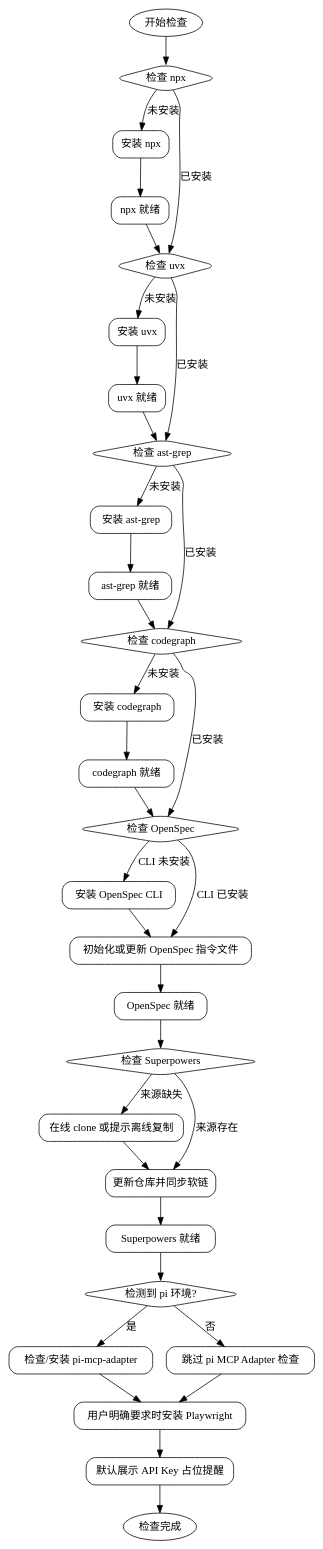
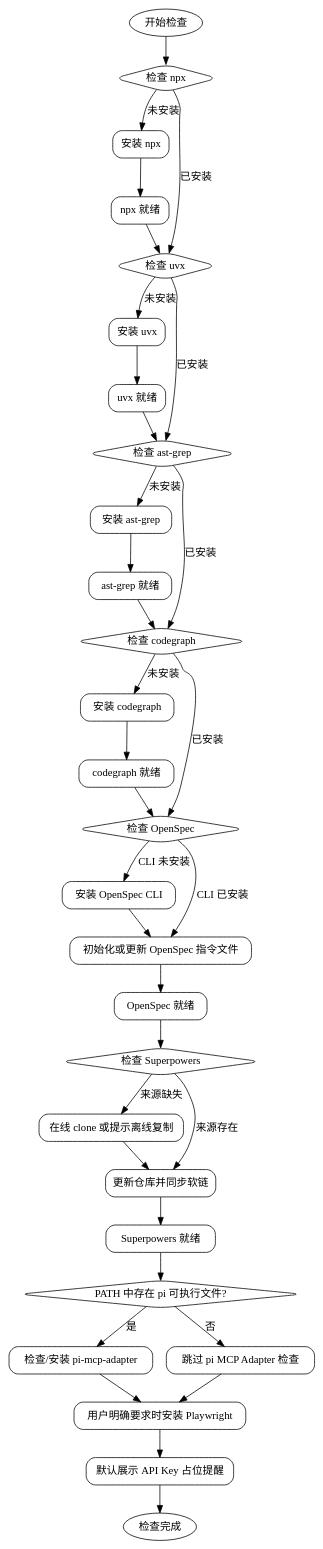
The second of 2 diagrams in cadence-init/skills/pre-check/SKILL.md (michaelChe956/Cadence-skills), drawn with Graphviz before and after one commit. The commit also changed other lines of this file and 4 other files, not shown here.

````diff
--- a/cadence-init/skills/pre-check/SKILL.md
+++ b/cadence-init/skills/pre-check/SKILL.md
@@ -134,81 +134,81 @@
 ```dot
 digraph check_flow {
     rankdir=TB;
     node [shape=box, style="rounded"];
 
     start [label="开始检查", shape=ellipse];
 
     check_npx [label="检查 npx", shape=diamond];
     install_npx [label="安装 npx"];
     npx_done [label="npx 就绪"];
 
     check_uvx [label="检查 uvx", shape=diamond];
     install_uvx [label="安装 uvx"];
     uvx_done [label="uvx 就绪"];
 
     check_ast_grep [label="检查 ast-grep", shape=diamond];
     install_ast_grep [label="安装 ast-grep"];
     ast_grep_done [label="ast-grep 就绪"];
 
     check_codegraph [label="检查 codegraph", shape=diamond];
     install_codegraph [label="安装 codegraph"];
     codegraph_done [label="codegraph 就绪"];
 
     check_openspec [label="检查 OpenSpec", shape=diamond];
     install_openspec [label="安装 OpenSpec CLI"];
     sync_openspec [label="初始化或更新 OpenSpec 指令文件"];
     openspec_done [label="OpenSpec 就绪"];
 
     check_superpowers [label="检查 Superpowers", shape=diamond];
     clone_superpowers [label="在线 clone 或提示离线复制"];
     sync_superpowers [label="更新仓库并同步软链"];
     superpowers_done [label="Superpowers 就绪"];
 
-    check_pi_mcp [label="检测到 pi 环境?", shape=diamond];
+    check_pi_mcp [label="PATH 中存在 pi 可执行文件?", shape=diamond];
     install_pi_mcp [label="检查/安装 pi-mcp-adapter"];
     skip_pi_mcp [label="跳过 pi MCP Adapter 检查"];
     optional_playwright [label="用户明确要求时安装 Playwright", shape=box];
     remind_apikey [label="默认展示 API Key 占位提醒"];
 
     end [label="检查完成", shape=ellipse];
 
     start -> check_npx;
     check_npx -> install_npx [label="未安装"];
     check_npx -> check_uvx [label="已安装"];
     install_npx -> npx_done;
     npx_done -> check_uvx;
 
     check_uvx -> install_uvx [label="未安装"];
     check_uvx -> check_ast_grep [label="已安装"];
     install_uvx -> uvx_done;
     uvx_done -> check_ast_grep;
 
     check_ast_grep -> install_ast_grep [label="未安装"];
     check_ast_grep -> check_codegraph [label="已安装"];
     install_ast_grep -> ast_grep_done;
     ast_grep_done -> check_codegraph;
 
     check_codegraph -> install_codegraph [label="未安装"];
     check_codegraph -> check_openspec [label="已安装"];
     install_codegraph -> codegraph_done;
     codegraph_done -> check_openspec;
 
     check_openspec -> install_openspec [label="CLI 未安装"];
     check_openspec -> sync_openspec [label="CLI 已安装"];
     install_openspec -> sync_openspec;
     sync_openspec -> openspec_done;
     openspec_done -> check_superpowers;
 
     check_superpowers -> clone_superpowers [label="来源缺失"];
     check_superpowers -> sync_superpowers [label="来源存在"];
     clone_superpowers -> sync_superpowers;
     sync_superpowers -> superpowers_done;
     superpowers_done -> check_pi_mcp;
     check_pi_mcp -> install_pi_mcp [label="是"];
     check_pi_mcp -> skip_pi_mcp [label="否"];
     install_pi_mcp -> optional_playwright;
     skip_pi_mcp -> optional_playwright;
     optional_playwright -> remind_apikey;
     remind_apikey -> end;
 }
 ```
````
